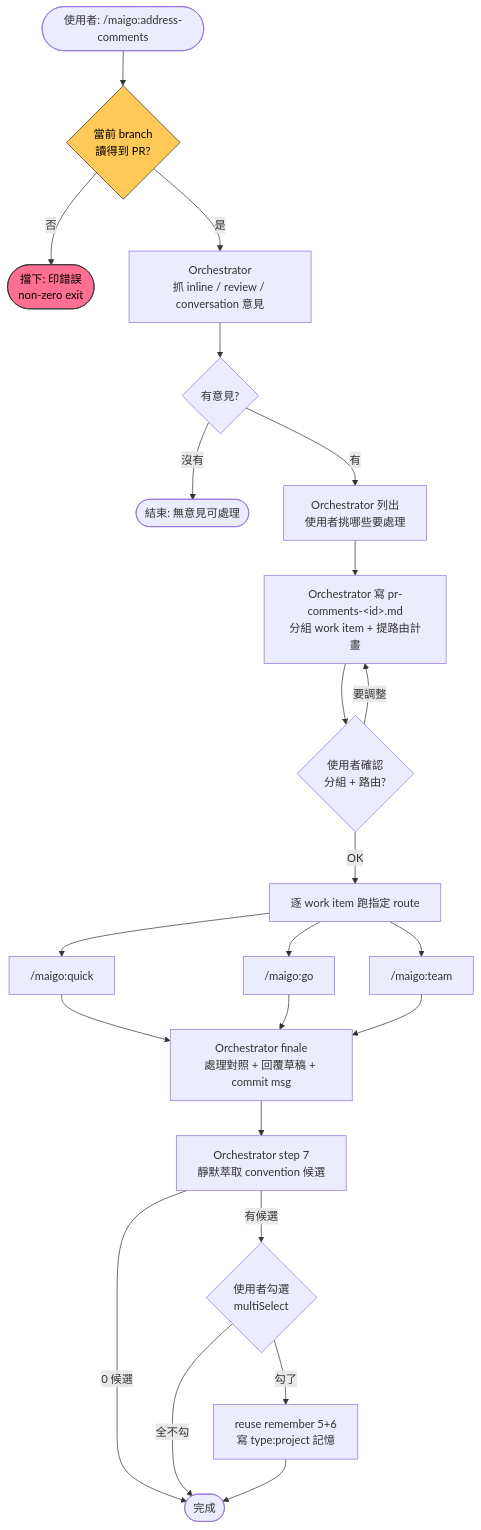
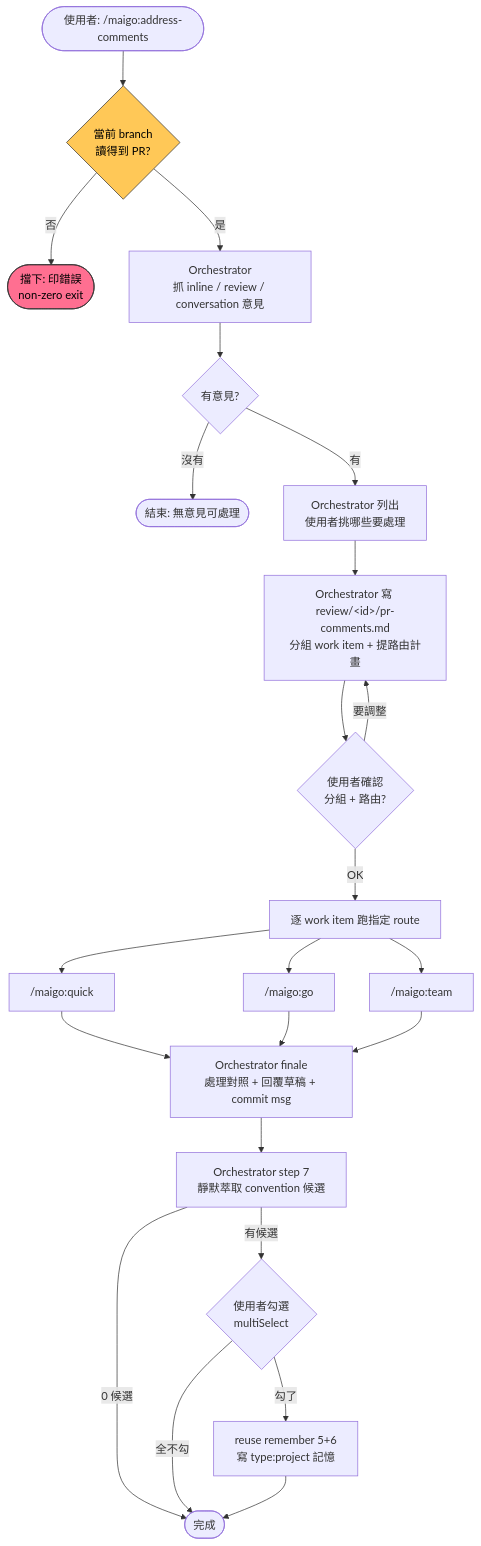
One commit to Lee-W/maigo changed the diagram in docs/commands/address-comments.md. Above: the diagram before and after it, drawn with Mermaid. The commit also changed 37 other files, not shown here.

First line of the commit message:
feat(artifacts): group review and triage artifacts into per-item folders

````diff
--- a/docs/commands/address-comments.md
+++ b/docs/commands/address-comments.md
@@ -1,30 +1,30 @@
 ```mermaid
 flowchart TD
     Start([使用者: /maigo:address-comments]) --> Gate{當前 branch<br/>讀得到 PR?}
     Gate -- 否 --> Block([擋下: 印錯誤<br/>non-zero exit])
     Gate -- 是 --> Fetch[Orchestrator<br/>抓 inline / review / conversation 意見]
     Fetch --> HasComments{有意見?}
     HasComments -- 沒有 --> NoOp([結束: 無意見可處理])
     HasComments -- 有 --> List[Orchestrator 列出<br/>使用者挑哪些要處理]
-    List --> Plan[Orchestrator 寫 pr-comments-&lt;id&gt;.md<br/>分組 work item + 提路由計畫]
+    List --> Plan[Orchestrator 寫 review/&lt;id&gt;/pr-comments.md<br/>分組 work item + 提路由計畫]
     Plan --> Confirm{使用者確認<br/>分組 + 路由?}
     Confirm -- 要調整 --> Plan
     Confirm -- OK --> Route[逐 work item 跑指定 route]
     Route --> Quick["/maigo:quick"]
     Route --> Go["/maigo:go"]
     Route --> Team["/maigo:team"]
     Quick --> Finale[Orchestrator finale<br/>處理對照 + 回覆草稿 + commit msg]
     Go --> Finale
     Team --> Finale
     Finale --> Learn[Orchestrator step 7<br/>靜默萃取 convention 候選]
     Learn -- 0 候選 --> Done([完成])
     Learn -- 有候選 --> Ask{使用者勾選<br/>multiSelect}
     Ask -- 全不勾 --> Done
     Ask -- 勾了 --> Write[reuse remember 5+6<br/>寫 type:project 記憶]
     Write --> Done
 
     classDef gate fill:#FFC857,stroke:#333,color:#000
     classDef block fill:#FF6F91,stroke:#333,color:#000
     class Gate gate
     class Block block
 ```
````
